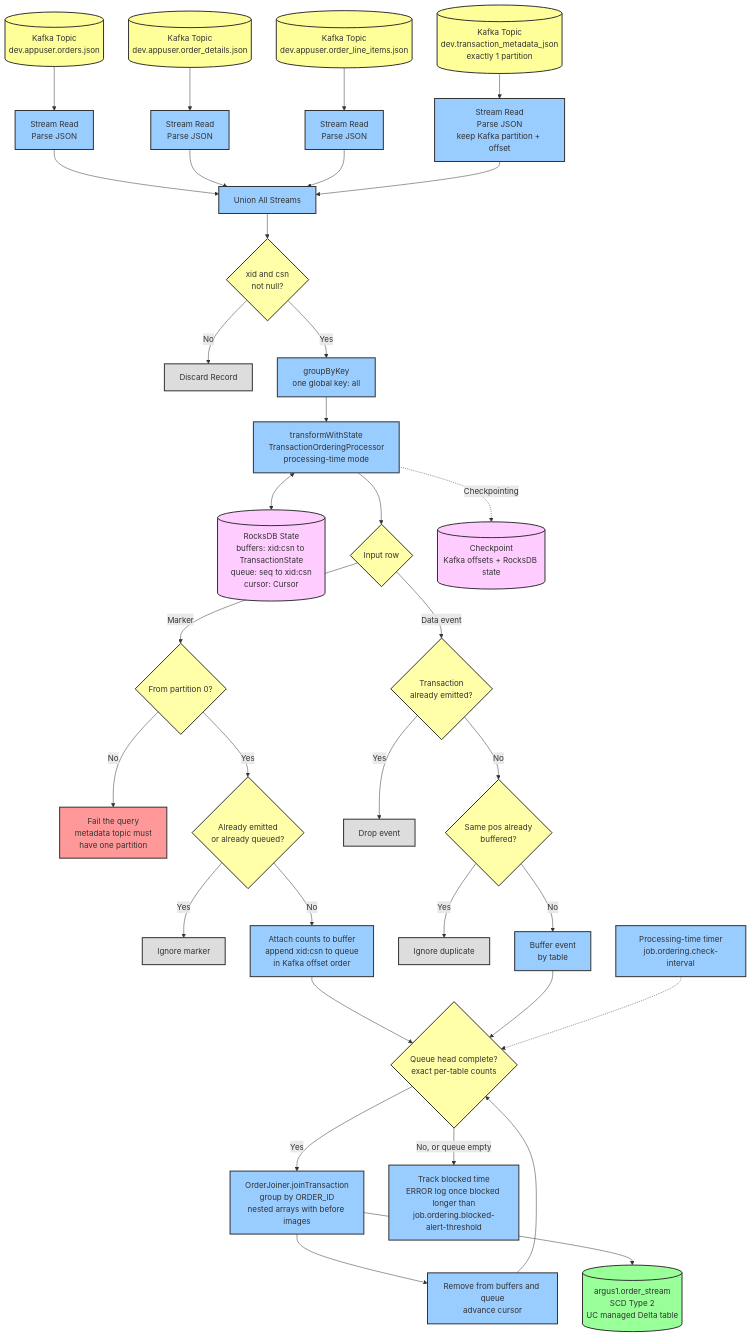
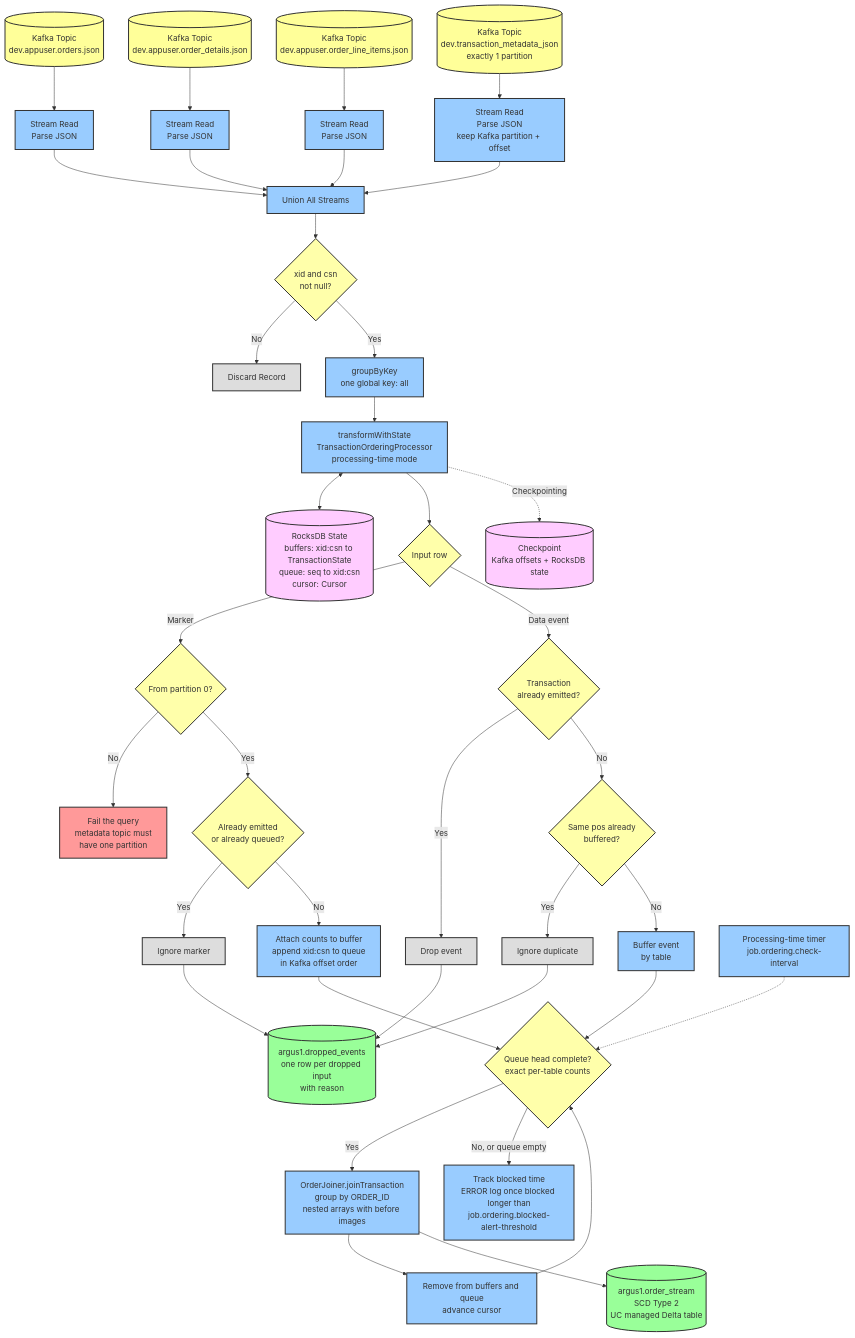
Before and after one commit to nnagarajan/transactional-cdc-processing-spark: the first of 6 diagrams in PIPELINE_DIAGRAMS.md, drawn with Mermaid. The commit also changed other lines of this file and 68 other files, not shown here.

````diff
--- a/PIPELINE_DIAGRAMS.md
+++ b/PIPELINE_DIAGRAMS.md
@@ -12,75 +12,78 @@
 ```mermaid
 flowchart TD
     %% Data Sources
     K1[(Kafka Topic<br/>dev.appuser.orders.json)]
     K2[(Kafka Topic<br/>dev.appuser.order_details.json)]
     K3[(Kafka Topic<br/>dev.appuser.order_line_items.json)]
     K4[("Kafka Topic<br/>dev.transaction_metadata_json<br/>exactly 1 partition")]
 
     %% Streaming Reads
     K1 --> SR1[Stream Read<br/>Parse JSON]
     K2 --> SR2[Stream Read<br/>Parse JSON]
     K3 --> SR3[Stream Read<br/>Parse JSON]
     K4 --> SR4["Stream Read<br/>Parse JSON<br/>keep Kafka partition + offset"]
 
     %% Union
     SR1 --> U[Union All Streams]
     SR2 --> U
     SR3 --> U
     SR4 --> U
 
     %% Filter and single key
     U --> F{xid and csn<br/>not null?}
     F -->|No| D1[Discard Record]
     F -->|Yes| G["groupByKey<br/>one global key: all"]
 
     %% Sequencer
     G --> SP["transformWithState<br/>TransactionOrderingProcessor<br/>processing-time mode"]
     SP <--> RS[("RocksDB State<br/>buffers: xid:csn to TransactionState<br/>queue: seq to xid:csn<br/>cursor: Cursor")]
 
     %% Per-batch input handling
     SP --> IN{Input row}
     IN -->|Marker| PART{"From partition 0?"}
     PART -->|No| FAIL[Fail the query<br/>metadata topic must<br/>have one partition]
     PART -->|Yes| MREP{"Already emitted<br/>or already queued?"}
     MREP -->|Yes| MDROP[Ignore marker]
     MREP -->|No| ENQ["Attach counts to buffer<br/>append xid:csn to queue<br/>in Kafka offset order"]
 
     IN -->|Data event| DREP{"Transaction<br/>already emitted?"}
     DREP -->|Yes| DDROP[Drop event]
     DREP -->|No| DUP{"Same pos already<br/>buffered?"}
     DUP -->|Yes| DDROP2[Ignore duplicate]
     DUP -->|No| BUF[Buffer event<br/>by table]
 
     %% Emission walk
     ENQ --> WALK
     BUF --> WALK
     WALK{"Queue head complete?<br/>exact per-table counts"}
     WALK -->|Yes| JOIN["OrderJoiner.joinTransaction<br/>group by ORDER_ID<br/>nested arrays with before images"]
     JOIN --> REC["Remove from buffers and queue<br/>advance cursor"]
     REC --> WALK
     WALK -->|"No, or queue empty"| BLK["Track blocked time<br/>ERROR log once blocked longer than<br/>job.ordering.blocked-alert-threshold"]
 
     %% Output
     JOIN --> DL1[("argus1.order_stream<br/>SCD Type 2<br/>UC managed Delta table")]
+    DDROP --> DL0[("argus1.dropped_events<br/>one row per dropped input<br/>with reason")]
+    DDROP2 --> DL0
+    MDROP --> DL0
 
     %% Timer and checkpoint
     TMR["Processing-time timer<br/>job.ordering.check-interval"] -.-> WALK
     SP -.->|Checkpointing| CP1[("Checkpoint<br/>Kafka offsets + RocksDB state")]
 
     classDef kafka fill:#ff9,stroke:#333,stroke-width:2px
     classDef process fill:#9cf,stroke:#333,stroke-width:2px
     classDef state fill:#fcf,stroke:#333,stroke-width:2px
     classDef decision fill:#ffa,stroke:#333,stroke-width:2px
     classDef output fill:#9f9,stroke:#333,stroke-width:2px
     classDef skip fill:#ddd,stroke:#333,stroke-width:2px
     classDef fail fill:#f99,stroke:#333,stroke-width:2px
 
     class K1,K2,K3,K4 kafka
     class SR1,SR2,SR3,SR4,U,G,SP,ENQ,BUF,JOIN,REC,BLK,TMR process
     class RS,CP1 state
     class F,IN,PART,MREP,DREP,DUP,WALK decision
-    class DL1 output
+    class DL1,DL0 output
     class D1,MDROP,DDROP,DDROP2 skip
     class FAIL fail
 ```
````
